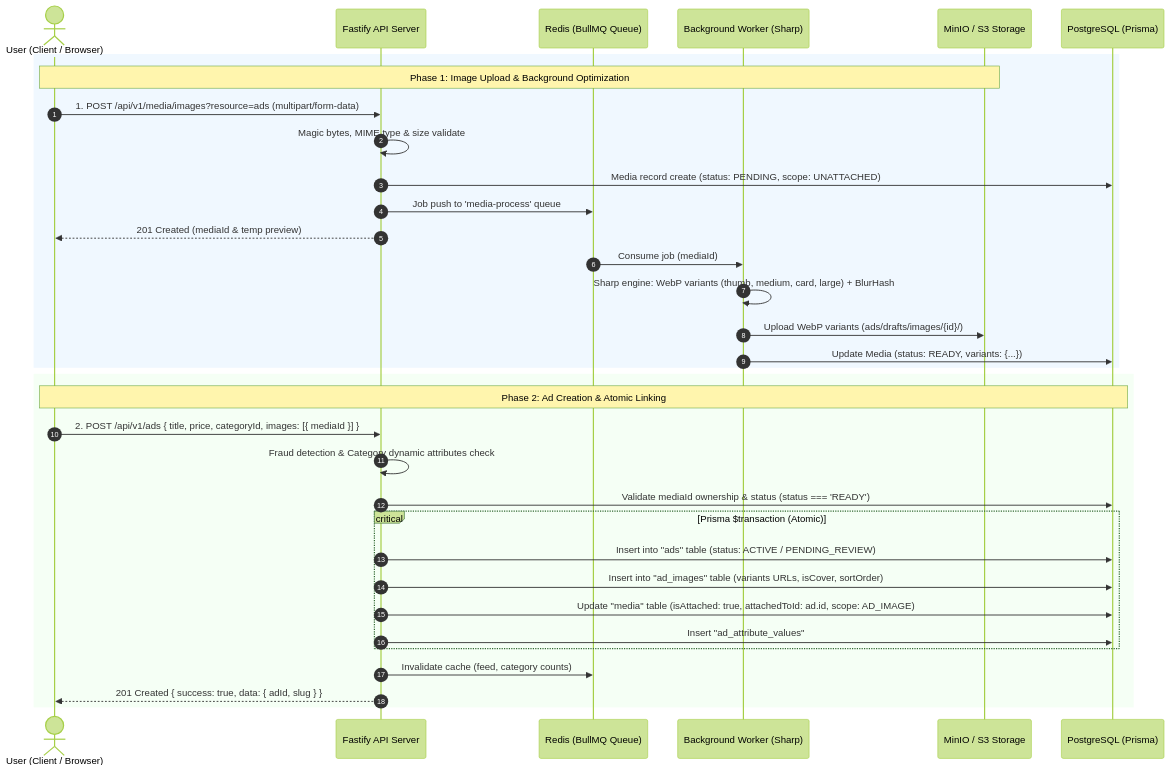
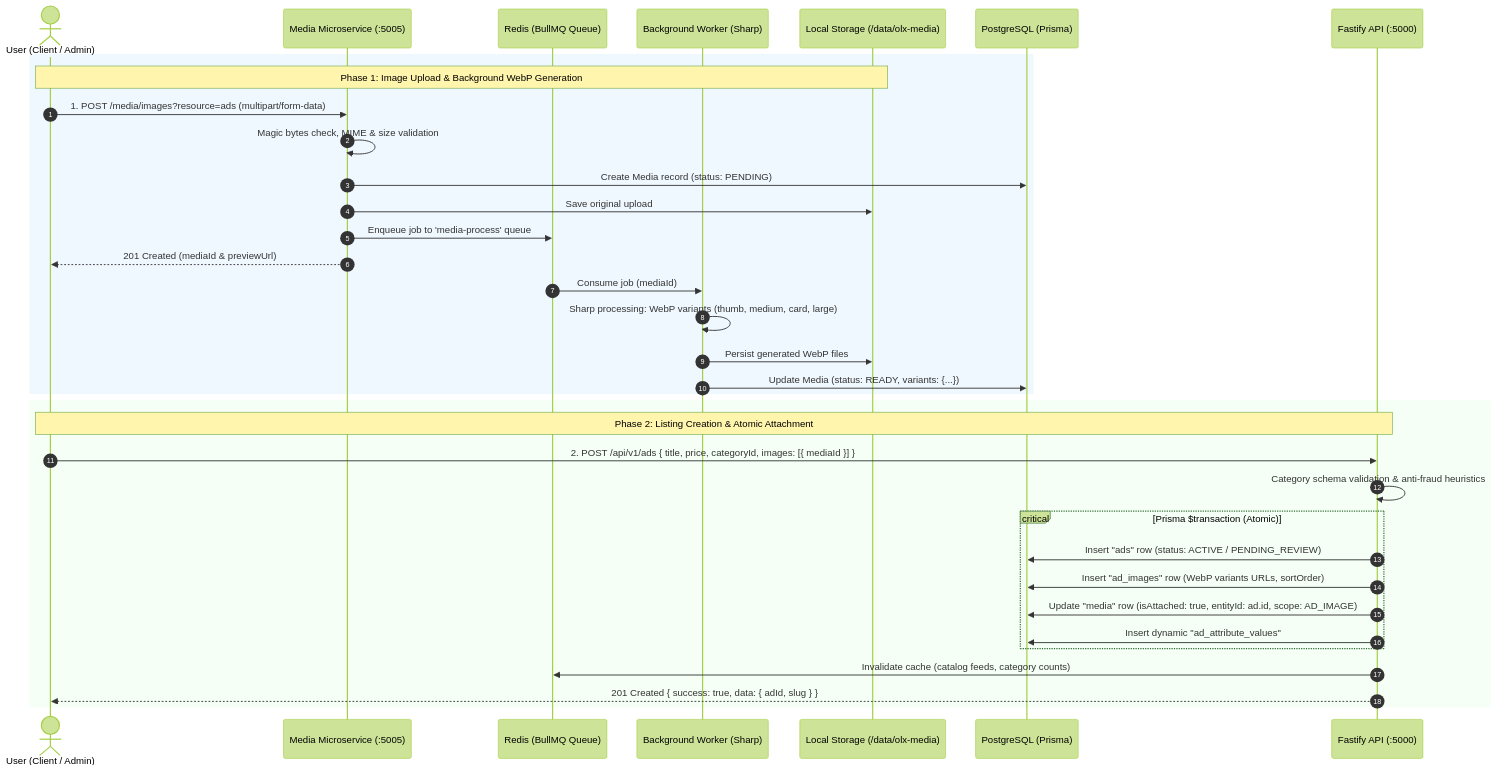
One commit to bnintelhub/olx changed the first of 4 diagrams in README.md. Above: the diagram before and after it, drawn with Mermaid (forest theme). The commit also changed other lines of this file, not shown here.

Commit message:
docs: update root README with deployment engineer env guide and media microservice architecture

````diff
--- a/README.md
+++ b/README.md
@@ -87,43 +90,44 @@
 ```mermaid
 sequenceDiagram
     autonumber
-    actor User as User (Client / Browser)
-    participant Server as Fastify API Server
+    actor User as User (Client / Admin)
+    participant MediaSrv as Media Microservice (:5005)
     participant Redis as Redis (BullMQ Queue)
     participant Worker as Background Worker (Sharp)
-    participant S3 as MinIO / S3 Storage
+    participant Storage as Local Storage (/data/olx-media)
     participant DB as PostgreSQL (Prisma)
+    participant API as Fastify API (:5000)
 
-    %% PHASE 1: IMAGE UPLOAD
+    %% PHASE 1: ASYNC UPLOAD & OPTIMIZATION
     rect rgb(240, 248, 255)
-    Note over User, S3: Phase 1: Image Upload & Background Optimization
-    User->>Server: 1. POST /api/v1/media/images?resource=ads (multipart/form-data)
-    Server->>Server: Magic bytes, MIME type & size validate
-    Server->>DB: Media record create (status: PENDING, scope: UNATTACHED)
-    Server->>Redis: Job push to 'media-process' queue
-    Server-->>User: 201 Created (mediaId & temp preview)
+    Note over User, Storage: Phase 1: Image Upload & Background WebP Generation
+    User->>MediaSrv: 1. POST /media/images?resource=ads (multipart/form-data)
+    MediaSrv->>MediaSrv: Magic bytes check, MIME & size validation
+    MediaSrv->>DB: Create Media record (status: PENDING)
+    MediaSrv->>Storage: Save original upload
+    MediaSrv->>Redis: Enqueue job to 'media-process' queue
+    MediaSrv-->>User: 201 Created (mediaId & previewUrl)
 
     Redis->>Worker: Consume job (mediaId)
-    Worker->>Worker: Sharp engine: WebP variants (thumb, medium, card, large) + BlurHash
-    Worker->>S3: Upload WebP variants (ads/drafts/images/{id}/)
+    Worker->>Worker: Sharp processing: WebP variants (thumb, medium, card, large)
+    Worker->>Storage: Persist generated WebP files
     Worker->>DB: Update Media (status: READY, variants: {...})
     end
 
-    %% PHASE 2: POST CREATION
+    %% PHASE 2: ATOMIC AD PERSISTENCE
     rect rgb(245, 255, 245)
-    Note over User, DB: Phase 2: Ad Creation & Atomic Linking
-    User->>Server: 2. POST /api/v1/ads { title, price, categoryId, images: [{ mediaId }] }
-    Server->>Server: Fraud detection & Category dynamic attributes check
-    Server->>DB: Validate mediaId ownership & status (status === 'READY')
+    Note over User, API: Phase 2: Listing Creation & Atomic Attachment
+    User->>API: 2. POST /api/v1/ads { title, price, categoryId, images: [{ mediaId }] }
+    API->>API: Category schema validation & anti-fraud heuristics
     
     critical Prisma $transaction (Atomic)
-        Server->>DB: Insert into "ads" table (status: ACTIVE / PENDING_REVIEW)
-        Server->>DB: Insert into "ad_images" table (variants URLs, isCover, sortOrder)
-        Server->>DB: Update "media" table (isAttached: true, attachedToId: ad.id, scope: AD_IMAGE)
-        Server->>DB: Insert "ad_attribute_values"
+        API->>DB: Insert "ads" row (status: ACTIVE / PENDING_REVIEW)
+        API->>DB: Insert "ad_images" row (WebP variants URLs, sortOrder)
+        API->>DB: Update "media" row (isAttached: true, entityId: ad.id, scope: AD_IMAGE)
+        API->>DB: Insert dynamic "ad_attribute_values"
     end
 
-    Server->>Redis: Invalidate cache (feed, category counts)
-    Server-->>User: 201 Created { success: true, data: { adId, slug } }
+    API->>Redis: Invalidate cache (catalog feeds, category counts)
+    API-->>User: 201 Created { success: true, data: { adId, slug } }
     end
 ```
````
